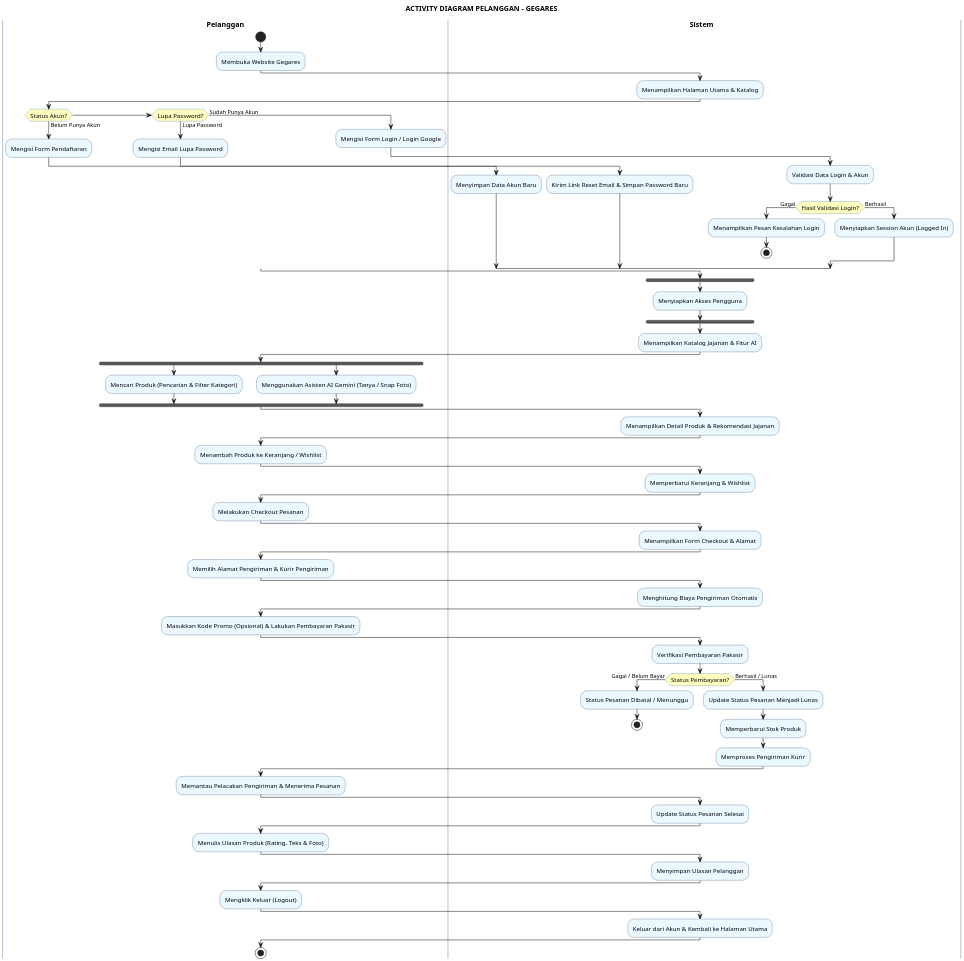
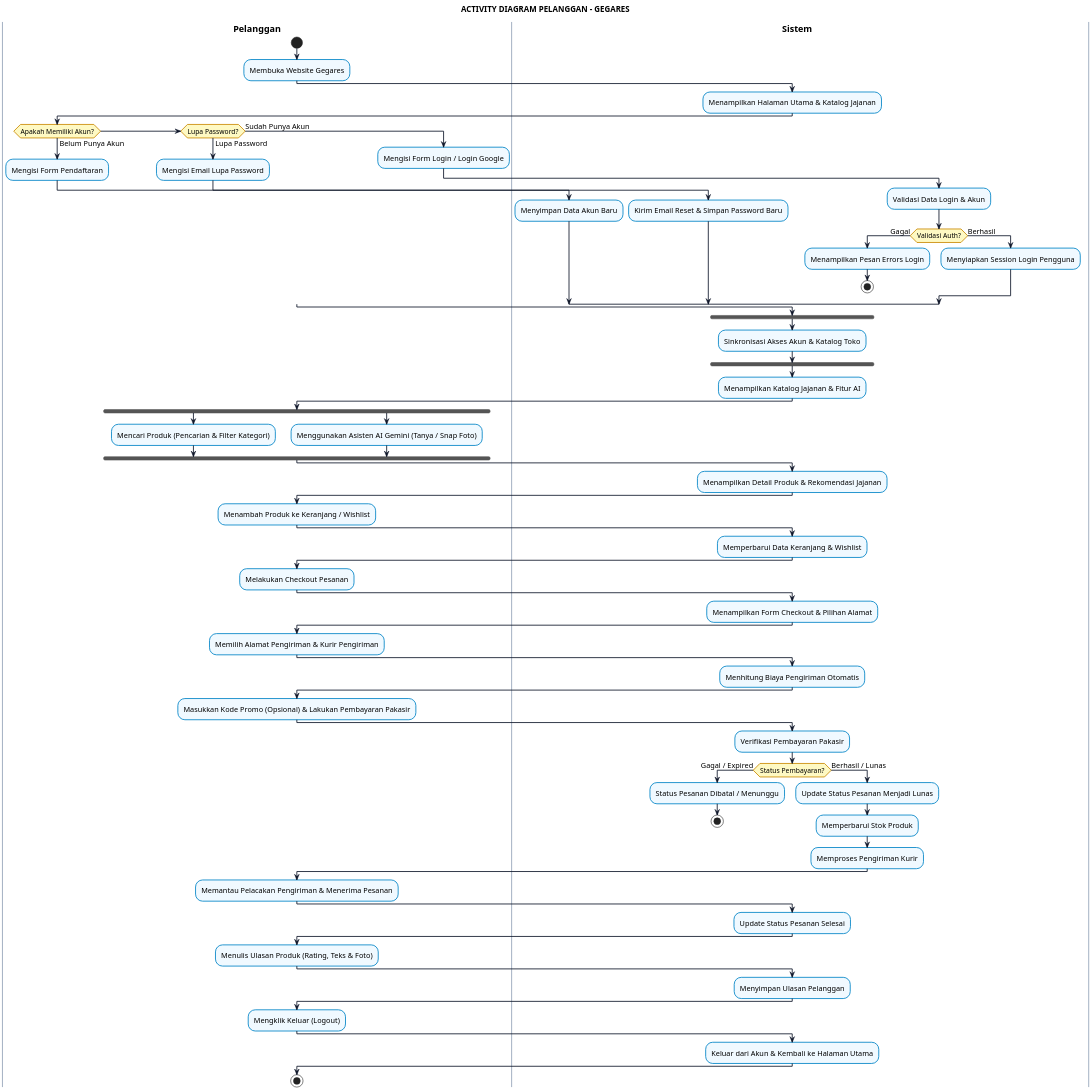
The diagram in activity_diagram_pelanggan.puml (greedykid/gegares_toko), drawn with PlantUML before and after one commit. The commit also changed 9 other files, not shown here.

Commit message:
docs(diagram): polish swimlane alignment, line spacing, and theme palette for publication readability

```diff
--- a/activity_diagram_pelanggan.puml
+++ b/activity_diagram_pelanggan.puml
@@ -1,116 +1,124 @@
 @startuml
-skinparam dpi 180
+skinparam dpi 200
 skinparam defaultFontName "SansSerif"
-skinparam ActivityFontSize 12
-skinparam ActivityBorderColor #1A365D
-skinparam ActivityBackgroundColor #EBF8FF
-skinparam ActivityDiamondBorderColor #2B6CB0
-skinparam ActivityDiamondBackgroundColor #FEFCBF
-skinparam SwimlaneTitleFontSize 14
+skinparam defaultFontSize 13
+skinparam ActivityFontSize 13
+skinparam ActivityBorderColor #0284C7
+skinparam ActivityBorderThickness 1.5
+skinparam ActivityBackgroundColor #F0F9FF
+skinparam ActivityDiamondBorderColor #CA8A04
+skinparam ActivityDiamondBackgroundColor #FEF9C3
+skinparam ActivityDiamondFontSize 12
+skinparam ArrowColor #0F172A
+skinparam ArrowThickness 1.5
+skinparam SwimlaneTitleFontSize 16
 skinparam SwimlaneTitleFontStyle bold
-skinparam SwimlaneBorderColor #A0AEC0
-skinparam SwimlaneWidth 280
+skinparam SwimlaneBorderColor #94A3B8
+skinparam SwimlaneBorderThickness 1.5
+skinparam SwimlaneWidth 320
+skinparam NoteBackgroundColor #FFFBEB
+skinparam NoteBorderColor #F59E0B
 
 title **ACTIVITY DIAGRAM PELANGGAN - GEGARES**
 
 |Pelanggan|
 start
 :Membuka Website Gegares;
 
 |Sistem|
-:Menampilkan Halaman Utama & Katalog;
+:Menampilkan Halaman Utama & Katalog Jajanan;
 
 |Pelanggan|
-if (Status Akun?) then (Belum Punya Akun)
+if (Apakah Memiliki Akun?) then (Belum Punya Akun)
   |Pelanggan|
   :Mengisi Form Pendaftaran;
   |Sistem|
   :Menyimpan Data Akun Baru;
 else if (Lupa Password?) then (Lupa Password)
   |Pelanggan|
   :Mengisi Email Lupa Password;
   |Sistem|
-  :Kirim Link Reset Email & Simpan Password Baru;
+  :Kirim Email Reset & Simpan Password Baru;
 else (Sudah Punya Akun)
   |Pelanggan|
   :Mengisi Form Login / Login Google;
   |Sistem|
   :Validasi Data Login & Akun;
-  if (Hasil Validasi Login?) then (Gagal)
-    :Menampilkan Pesan Kesalahan Login;
+  if (Validasi Auth?) then (Gagal)
+    :Menampilkan Pesan Errors Login;
     stop
   else (Berhasil)
-    :Menyiapkan Session Akun (Logged In);
+    :Menyiapkan Session Login Pengguna;
   endif
 endif
 
 |Sistem|
 fork
-  :Menyiapkan Akses Pengguna;
+  :Sinkronisasi Akses Akun & Katalog Toko;
 end fork
 
 :Menampilkan Katalog Jajanan & Fitur AI;
 
 |Pelanggan|
 fork
   :Mencari Produk (Pencarian & Filter Kategori);
 fork again
   :Menggunakan Asisten AI Gemini (Tanya / Snap Foto);
 end fork
 
 |Sistem|
 :Menampilkan Detail Produk & Rekomendasi Jajanan;
 
 |Pelanggan|
 :Menambah Produk ke Keranjang / Wishlist;
 
 |Sistem|
-:Memperbarui Keranjang & Wishlist;
+:Memperbarui Data Keranjang & Wishlist;
 
 |Pelanggan|
 :Melakukan Checkout Pesanan;
 
 |Sistem|
-:Menampilkan Form Checkout & Alamat;
+:Menampilkan Form Checkout & Pilihan Alamat;
 
 |Pelanggan|
 :Memilih Alamat Pengiriman & Kurir Pengiriman;
 
 |Sistem|
-:Menghitung Biaya Pengiriman Otomatis;
+:Menhitung Biaya Pengiriman Otomatis;
 
 |Pelanggan|
 :Masukkan Kode Promo (Opsional) & Lakukan Pembayaran Pakasir;
 
 |Sistem|
 :Verifikasi Pembayaran Pakasir;
-if (Status Pembayaran?) then (Gagal / Belum Bayar)
+if (Status Pembayaran?) then (Gagal / Expired)
   :Status Pesanan Dibatal / Menunggu;
   stop
 else (Berhasil / Lunas)
   :Update Status Pesanan Menjadi Lunas;
   :Memperbarui Stok Produk;
   :Memproses Pengiriman Kurir;
 endif
 
 |Pelanggan|
 :Memantau Pelacakan Pengiriman & Menerima Pesanan;
 
 |Sistem|
 :Update Status Pesanan Selesai;
 
 |Pelanggan|
 :Menulis Ulasan Produk (Rating, Teks & Foto);
 
 |Sistem|
 :Menyimpan Ulasan Pelanggan;
 
 |Pelanggan|
 :Mengklik Keluar (Logout);
 
 |Sistem|
 :Keluar dari Akun & Kembali ke Halaman Utama;
 
 |Pelanggan|
 stop
 @enduml
```
